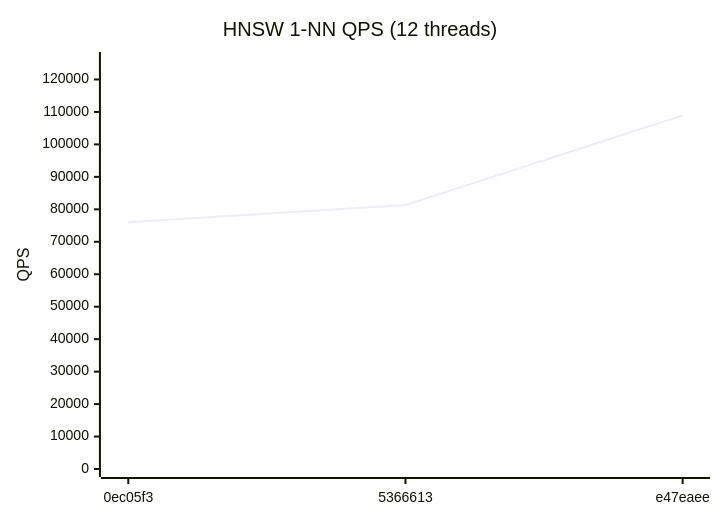
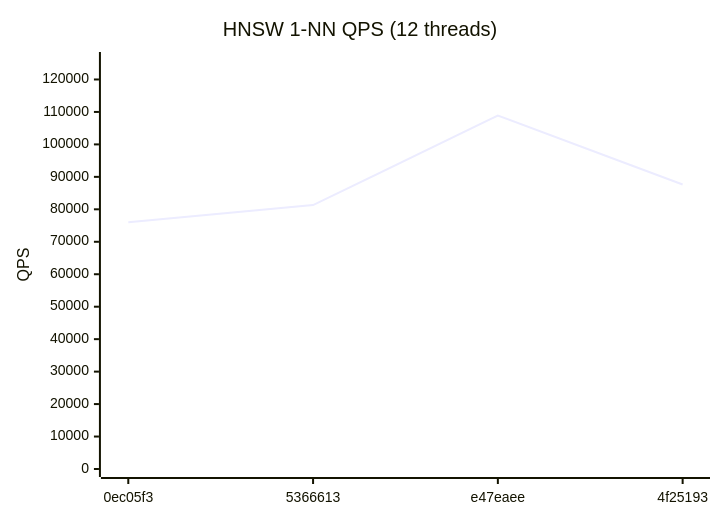
Before and after one commit to bibidhSubedi0/RedBoxDb: the second of 4 diagrams in benchmarks/REPORT.md, drawn with Mermaid. The commit also changed other lines of this file and 1 other file, not shown here.

````diff
--- a/benchmarks/REPORT.md
+++ b/benchmarks/REPORT.md
@@ -29,7 +29,7 @@
 ```mermaid
 xychart-beta
   title "HNSW 1-NN QPS (12 threads)"
-  x-axis ["0ec05f3", "5366613", "e47eaee"]
+  x-axis ["0ec05f3", "5366613", "e47eaee", "4f25193"]
   y-axis "QPS" 0 --> 126000
-  line [76009, 81296, 108905]
+  line [76009, 81296, 108905, 87655]
 ```
````
